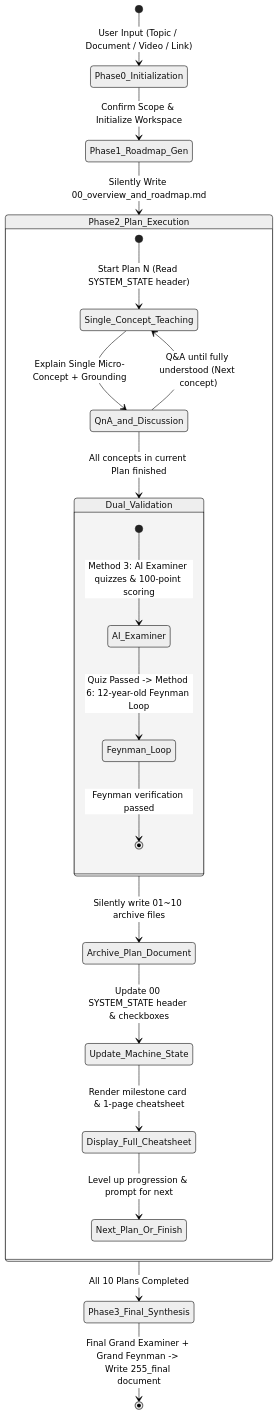
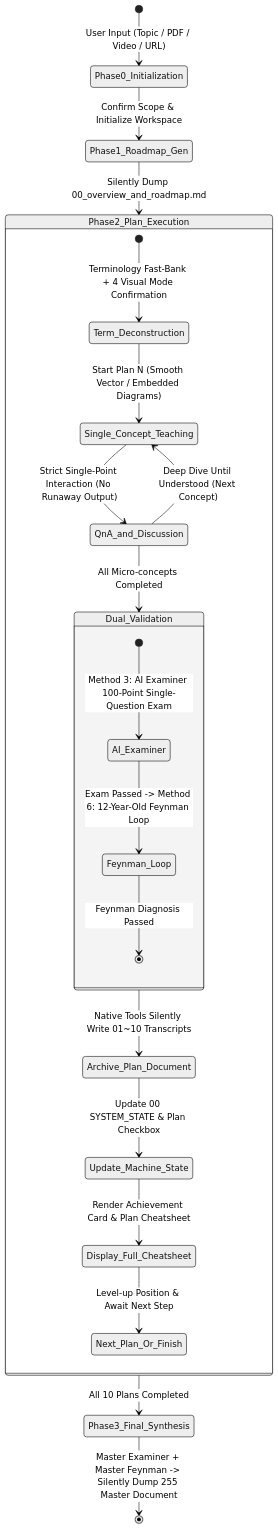
One commit to lowellran/Study_via_AI changed the diagram in README_EN.md. Above: the diagram before and after it, drawn with Mermaid (neutral theme). The commit also changed other lines of this file and 3 other files, not shown here.

Commit message:
feat: release v0.1.3 - 4 visual pedagogy modes, smooth vector graphics, benchmark style guide and strict single-point interactive pace

````diff
--- a/README_EN.md
+++ b/README_EN.md
@@ -86,27 +103,28 @@
 ```mermaid
 stateDiagram-v2
-    [*] --> Phase0_Initialization: User Input (Topic / Document / Video / Link)
+    [*] --> Phase0_Initialization: User Input (Topic / PDF / Video / URL)
     Phase0_Initialization --> Phase1_Roadmap_Gen: Confirm Scope & Initialize Workspace
-    Phase1_Roadmap_Gen --> Phase2_Plan_Execution: Silently Write 00_overview_and_roadmap.md
+    Phase1_Roadmap_Gen --> Phase2_Plan_Execution: Silently Dump 00_overview_and_roadmap.md
     
     state Phase2_Plan_Execution {
-        [*] --> Single_Concept_Teaching: Start Plan N (Read SYSTEM_STATE header)
-        Single_Concept_Teaching --> QnA_and_Discussion: Explain Single Micro-Concept + Grounding
-        QnA_and_Discussion --> Single_Concept_Teaching: Q&A until fully understood (Next concept)
-        QnA_and_Discussion --> Dual_Validation: All concepts in current Plan finished
+        [*] --> Term_Deconstruction: Terminology Fast-Bank + 4 Visual Mode Confirmation
+        Term_Deconstruction --> Single_Concept_Teaching: Start Plan N (Smooth Vector / Embedded Diagrams)
+        Single_Concept_Teaching --> QnA_and_Discussion: Strict Single-Point Interaction (No Runaway Output)
+        QnA_and_Discussion --> Single_Concept_Teaching: Deep Dive Until Understood (Next Concept)
+        QnA_and_Discussion --> Dual_Validation: All Micro-concepts Completed
         
         state Dual_Validation {
-            [*] --> AI_Examiner: Method 3: AI Examiner quizzes & 100-point scoring
-            AI_Examiner --> Feynman_Loop: Quiz Passed -> Method 6: 12-year-old Feynman Loop
-            Feynman_Loop --> [*]: Feynman verification passed
+            [*] --> AI_Examiner: Method 3: AI Examiner 100-Point Single-Question Exam
+            AI_Examiner --> Feynman_Loop: Exam Passed -> Method 6: 12-Year-Old Feynman Loop
+            Feynman_Loop --> [*]: Feynman Diagnosis Passed
         }
         
-        Dual_Validation --> Archive_Plan_Document: Silently write 01~10 archive files
-        Archive_Plan_Document --> Update_Machine_State: Update 00 SYSTEM_STATE header & checkboxes
-        Update_Machine_State --> Display_Full_Cheatsheet: Render milestone card & 1-page cheatsheet
-        Display_Full_Cheatsheet --> Next_Plan_Or_Finish: Level up progression & prompt for next
+        Dual_Validation --> Archive_Plan_Document: Native Tools Silently Write 01~10 Transcripts
+        Archive_Plan_Document --> Update_Machine_State: Update 00 SYSTEM_STATE & Plan Checkbox
+        Update_Machine_State --> Display_Full_Cheatsheet: Render Achievement Card & Plan Cheatsheet
+        Display_Full_Cheatsheet --> Next_Plan_Or_Finish: Level-up Position & Await Next Step
     }
     
     Phase2_Plan_Execution --> Phase3_Final_Synthesis: All 10 Plans Completed
-    Phase3_Final_Synthesis --> [*]: Final Grand Examiner + Grand Feynman -> Write 255_final document
+    Phase3_Final_Synthesis --> [*]: Master Examiner + Master Feynman -> Silently Dump 255 Master Document
 ```
````
